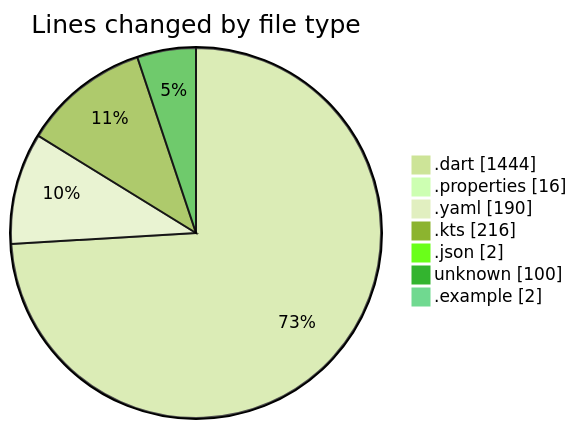
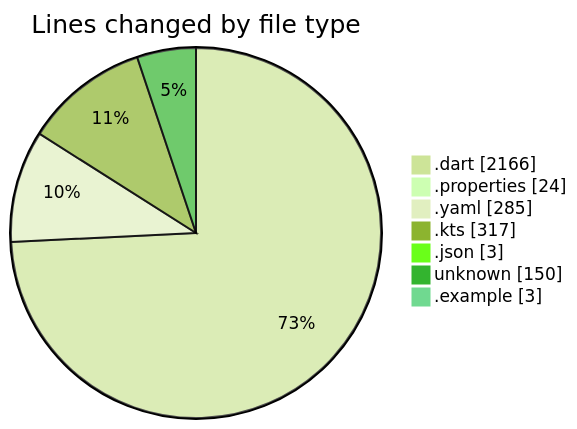
One commit to donsfak/code-tracking changed the first of 2 diagrams in 2025-10-31/weather_insights_app/README.md. Above: the diagram before and after it, drawn with Mermaid (forest theme). The commit also changed other lines of this file and 1 other file, not shown here.

````diff
--- a/2025-10-31/weather_insights_app/README.md
+++ b/2025-10-31/weather_insights_app/README.md
@@ -31,11 +31,11 @@
 ```mermaid
 pie showData
 title Lines changed by file type
-".dart" : 1444
-".properties" : 16
-".yaml" : 190
-".kts" : 216
-".json" : 2
-"unknown" : 100
-".example" : 2
+".dart" : 2166
+".properties" : 24
+".yaml" : 285
+".kts" : 317
+".json" : 3
+"unknown" : 150
+".example" : 3
 ```
````
